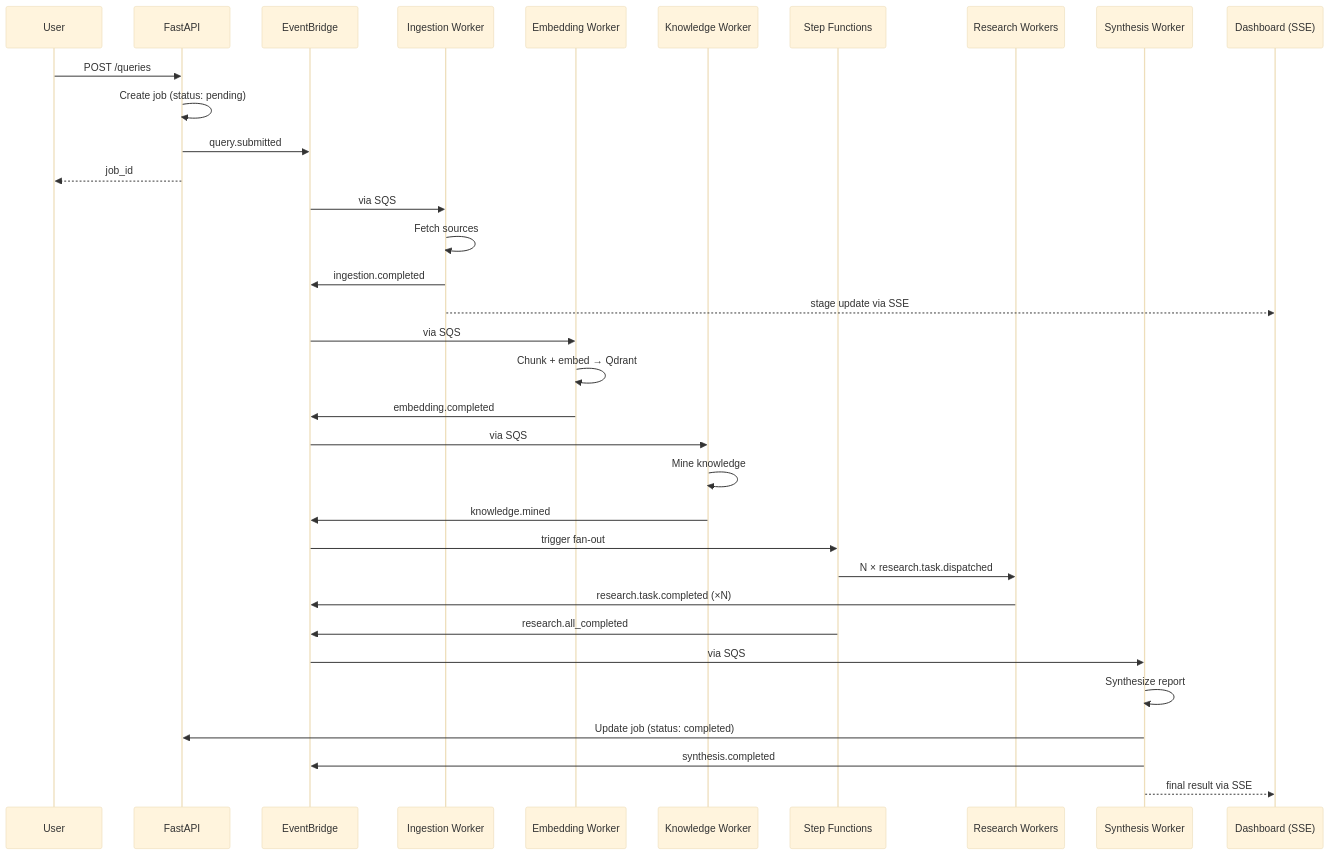
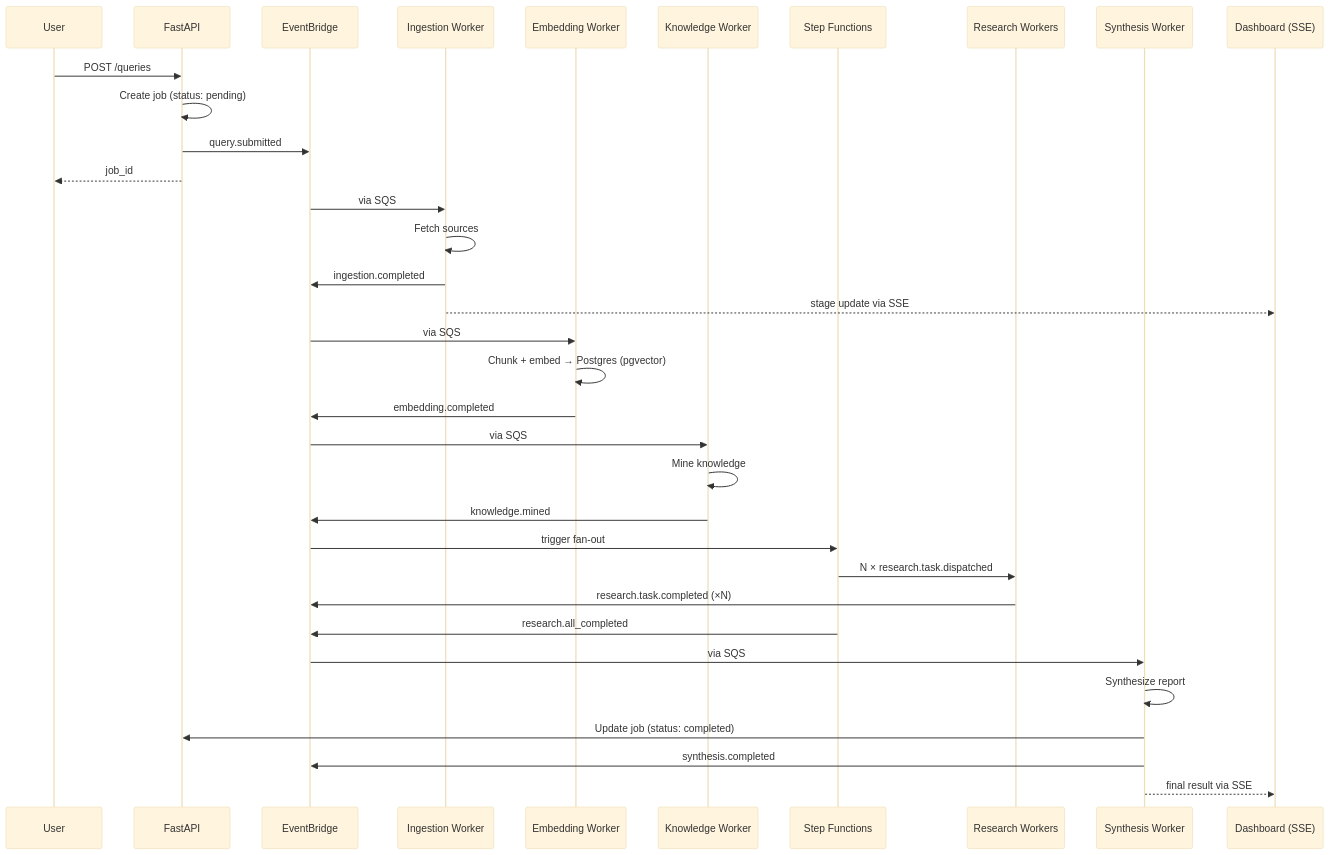
One commit to hrvojevincek/deep-research-event-driven-multi-agent changed the second of 4 diagrams in docs/ARCHITECTURE.md. Above: the diagram before and after it, drawn with Mermaid (base theme). The commit also changed other lines of this file and 13 other files, not shown here.

````diff
--- a/docs/ARCHITECTURE.md
+++ b/docs/ARCHITECTURE.md
@@ -157,42 +155,42 @@
 ```mermaid
 sequenceDiagram
     participant U as User
     participant API as FastAPI
     participant EB as EventBridge
     participant I as Ingestion Worker
     participant E as Embedding Worker
     participant K as Knowledge Worker
     participant SF as Step Functions
     participant R as Research Workers
     participant S as Synthesis Worker
     participant UI as Dashboard (SSE)
 
     U->>API: POST /queries
     API->>API: Create job (status: pending)
     API->>EB: query.submitted
     API-->>U: job_id
 
     EB->>I: via SQS
     I->>I: Fetch sources
     I->>EB: ingestion.completed
     I-->>UI: stage update via SSE
 
     EB->>E: via SQS
-    E->>E: Chunk + embed → Qdrant
+    E->>E: Chunk + embed → Postgres (pgvector)
     E->>EB: embedding.completed
 
     EB->>K: via SQS
     K->>K: Mine knowledge
     K->>EB: knowledge.mined
 
     EB->>SF: trigger fan-out
     SF->>R: N × research.task.dispatched
     R->>EB: research.task.completed (×N)
     SF->>EB: research.all_completed
 
     EB->>S: via SQS
     S->>S: Synthesize report
     S->>API: Update job (status: completed)
     S->>EB: synthesis.completed
     S-->>UI: final result via SSE
 ```
````
